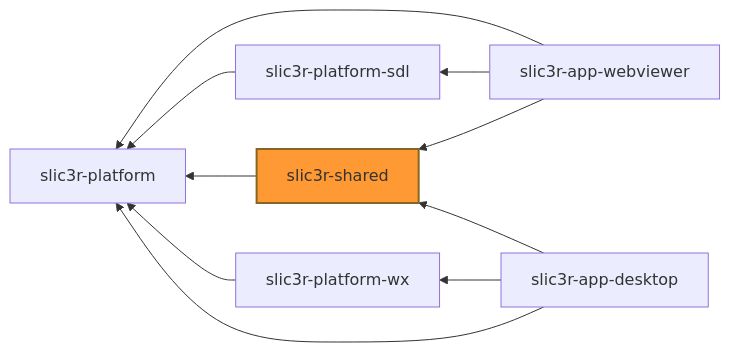
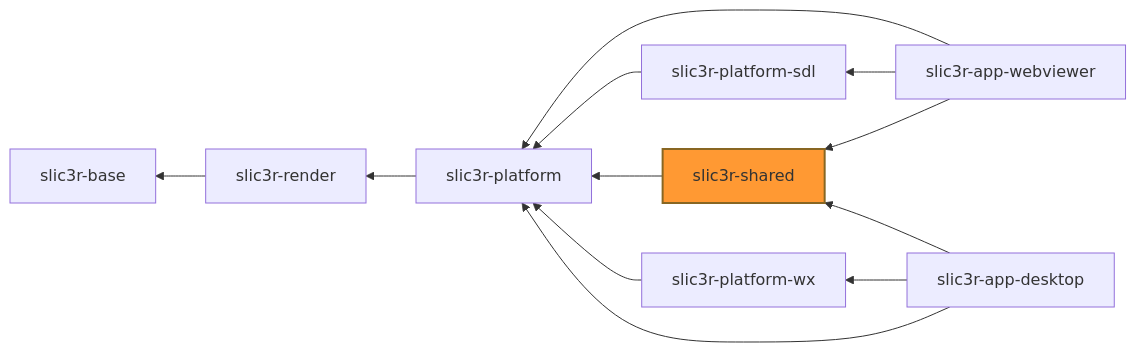
One commit to mjonuschat/PrusaSlicer changed the second of 2 diagrams in src/slic3r-shared/README.md. Above: the diagram before and after it, drawn with Mermaid. The commit also changed 103 other files, not shown here.

Commit message:
Introduced Doxygen support; also slic3r-shared and slic3r-plartform refactored to break cyclic dependency, created slic3r-render which is depdendency for both, ScreenInfo moved to the slic3r-render

````diff
--- a/src/slic3r-shared/README.md
+++ b/src/slic3r-shared/README.md
@@ -32,14 +32,16 @@
 ```mermaid
 graph RL
-    slic3r-platform
+    slic3r-base
+    slic3r-render-->slic3r-base
+    slic3r-platform-->slic3r-render
     slic3r-platform-sdl-->slic3r-platform
     slic3r-platform-wx-->slic3r-platform
     slic3r-shared-->slic3r-platform
     slic3r-app-webviewer-->slic3r-platform
     slic3r-app-webviewer-->slic3r-platform-sdl
     slic3r-app-webviewer-->slic3r-shared
     slic3r-app-desktop-->slic3r-shared
     slic3r-app-desktop-->slic3r-platform-wx
     slic3r-app-desktop-->slic3r-platform
     style slic3r-shared fill:#f93,stroke:#862,stroke-width:2px
 ```
````
